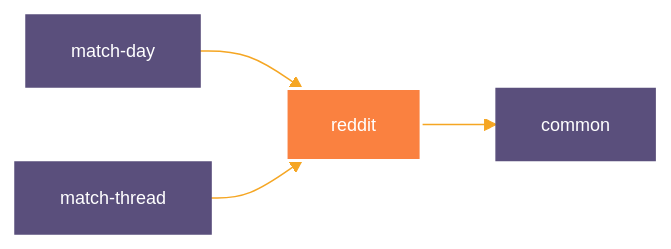
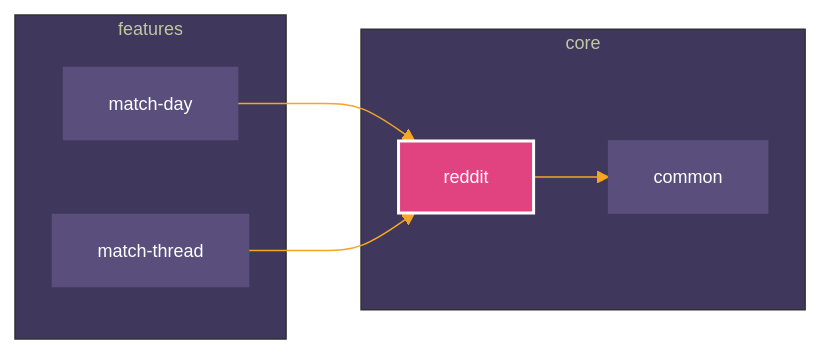
Before and after one commit to iurysza/module-graph: the second of 3 diagrams in README.md, drawn with Mermaid. The commit also changed other lines of this file, not shown here.

Commit message:
Update README graphs

````diff
--- a/README.md
+++ b/README.md
@@ -290,17 +290,25 @@
 ```mermaid
 %%{
   init: {
     'theme': 'base',
 	'themeVariables': {"primaryTextColor":"#fff","primaryColor":"#5a4f7c","primaryBorderColor":"#5a4f7c","lineColor":"#f5a623","tertiaryColor":"#40375c","fontSize":"12px"}
   }
 }%%
 
 graph LR
 
+    subgraph core
+        common
+        reddit
+    end
+    subgraph features
+        match-day
+        match-thread
+    end
     match-day --> reddit
     match-thread --> reddit
     reddit --> common
 
-    classDef focus fill:#FA8140,stroke:#fff,stroke-width:2px,color:#fff;
+    classDef focus fill:#E04380,stroke:#fff,stroke-width:2px,color:#fff;
     class reddit focus
 ```
````
